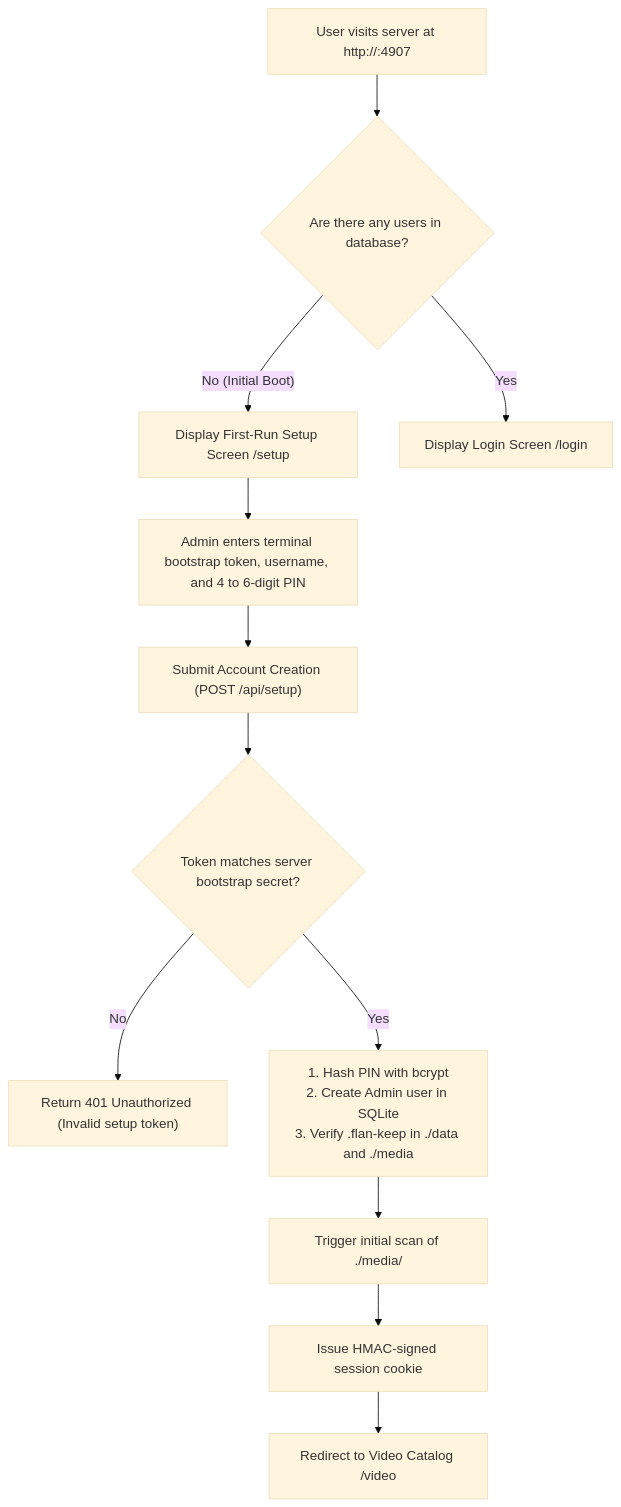
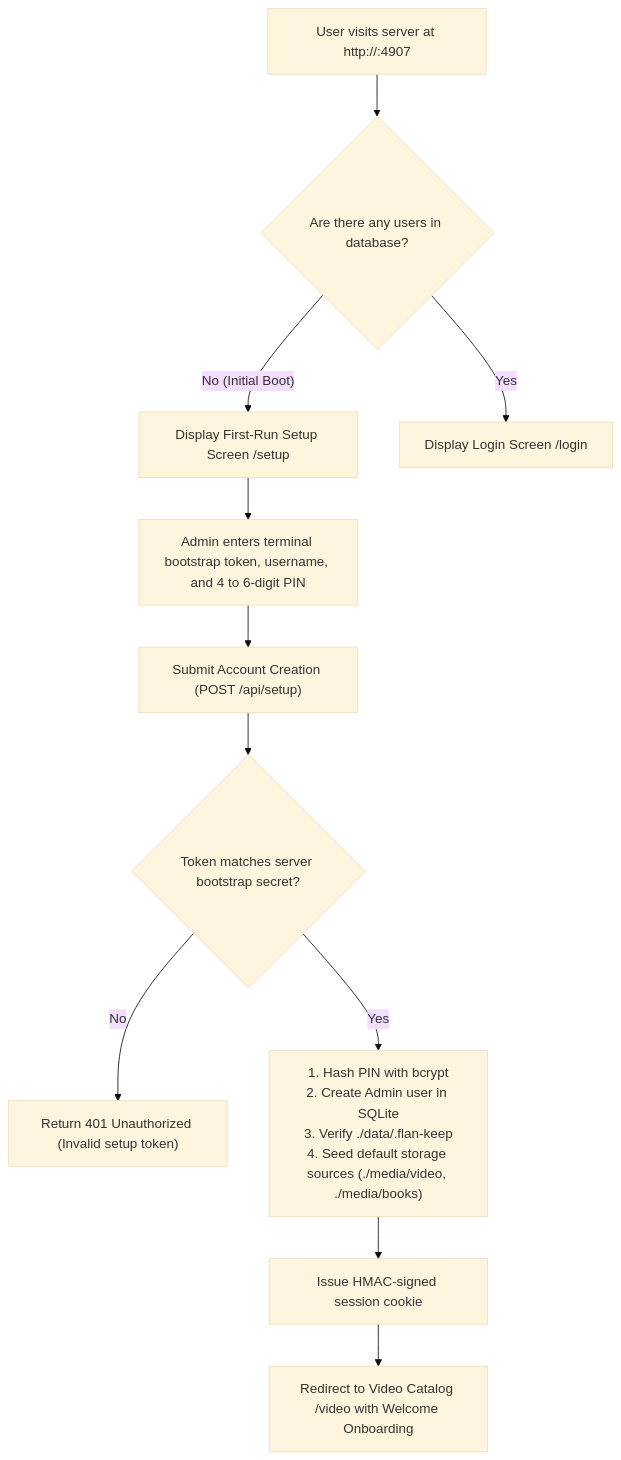
Before and after one commit to WesleyEsq/Flan-Media-Server: the first of 5 diagrams in docs/diagrams/user-flows.md, drawn with Mermaid (base theme). The commit also changed other lines of this file and 26 other files, not shown here.

````diff
--- a/docs/diagrams/user-flows.md
+++ b/docs/diagrams/user-flows.md
@@ -11,16 +11,15 @@
 ```mermaid
 flowchart TD
     Start["User visits server at http://<ip>:4907"] --> CheckDB{"Are there any users in database?"}
     CheckDB -- "No (Initial Boot)" --> ShowSetup["Display First-Run Setup Screen /setup"]
     CheckDB -- "Yes" --> ShowLogin["Display Login Screen /login"]
 
     ShowSetup --> Form["Admin enters terminal bootstrap token, username, and 4 to 6-digit PIN"]
     Form --> Submit["Submit Account Creation (POST /api/setup)"]
 
     Submit --> VerifyToken{"Token matches server bootstrap secret?"}
     VerifyToken -- "No" --> Reject["Return 401 Unauthorized (Invalid setup token)"]
-    VerifyToken -- "Yes" --> CreateAdmin["1. Hash PIN with bcrypt<br/>2. Create Admin user in SQLite<br/>3. Verify .flan-keep in ./data and ./media"]
-    CreateAdmin --> StartScan["Trigger initial scan of ./media/"]
-    StartScan --> IssueSession["Issue HMAC-signed session cookie"]
-    IssueSession --> Catalog["Redirect to Video Catalog /video"]
+    VerifyToken -- "Yes" --> CreateAdmin["1. Hash PIN with bcrypt<br/>2. Create Admin user in SQLite<br/>3. Verify ./data/.flan-keep<br/>4. Seed default storage sources (./media/video, ./media/books)"]
+    CreateAdmin --> IssueSession["Issue HMAC-signed session cookie"]
+    IssueSession --> Catalog["Redirect to Video Catalog /video with Welcome Onboarding"]
 ```
````
